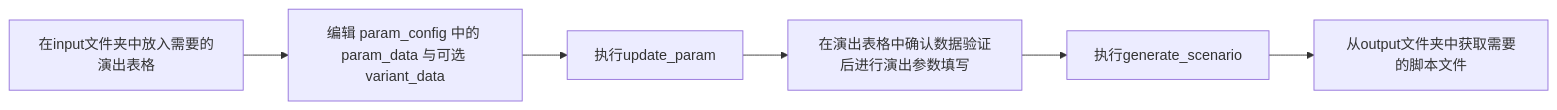
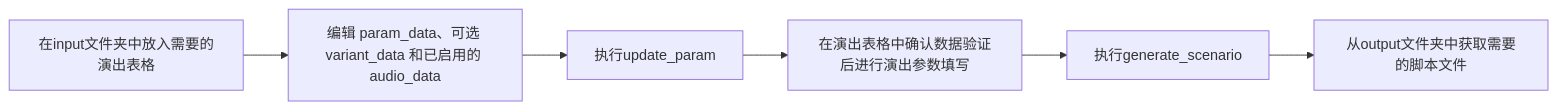
One commit to ChaoticKittyVN/Scenario_Tool changed the diagram in README.md. Above: the diagram before and after it, drawn with Mermaid. The commit also changed other lines of this file and 16 other files, not shown here.

First line of the commit message:
feat(params): add independent audio data sources

````diff
--- a/README.md
+++ b/README.md
@@ -98,9 +98,9 @@
 ```mermaid
 graph LR
     A[在input文件夹中放入需要的演出表格] --> B
-    B[编辑 param_config 中的 param_data 与可选 variant_data] --> C
+    B[编辑 param_data、可选 variant_data 和已启用的 audio_data] --> C
     C[执行update_param] --> D
     D[在演出表格中确认数据验证后进行演出参数填写] --> E
     E[执行generate_scenario] --> F
     F[从output文件夹中获取需要的脚本文件]
 ```
````
